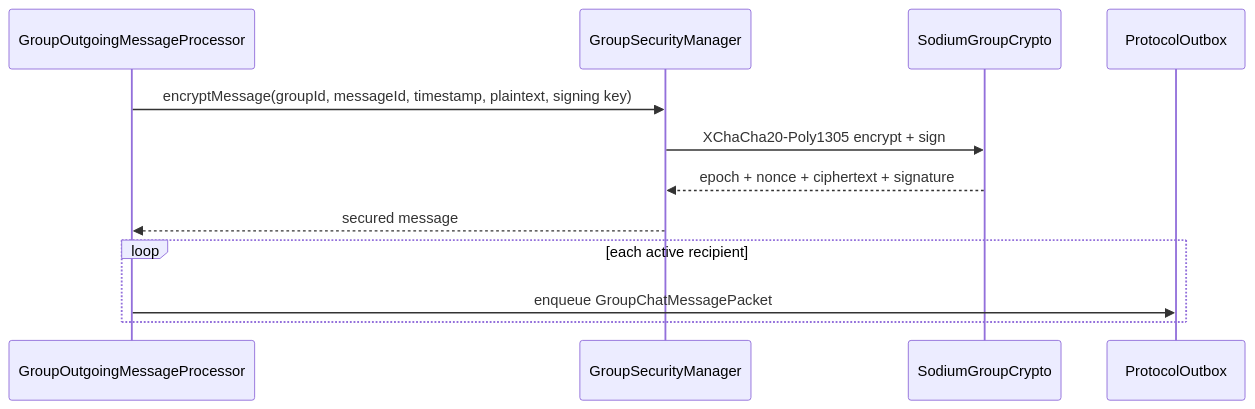
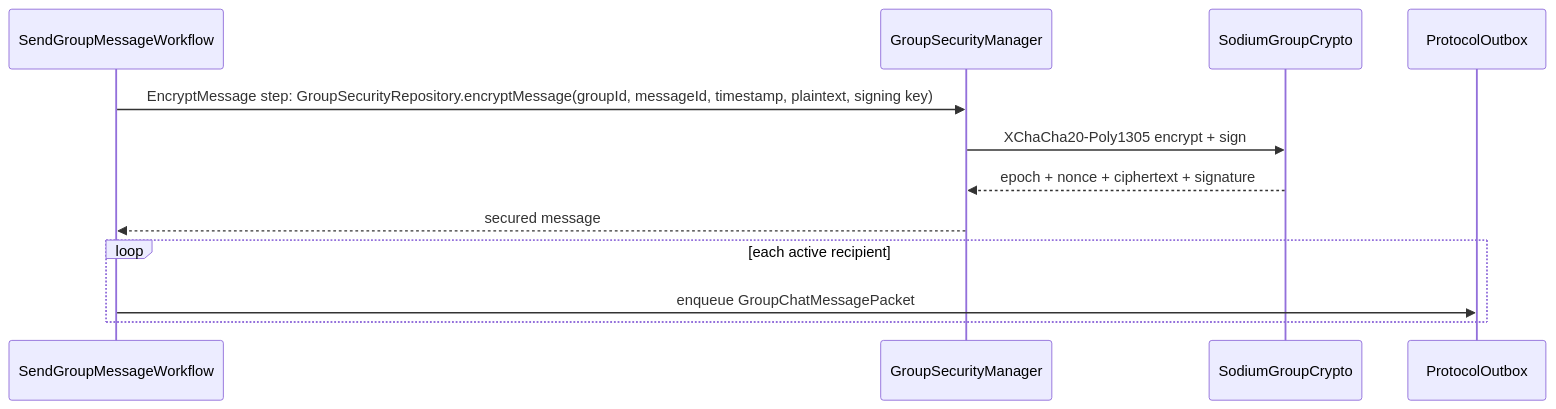
Before and after one commit to cbgm/Sparrow: the diagram in docs/security/encryption.md, drawn with Mermaid. The commit also changed 1098 other files, not shown here.

````diff
--- a/docs/security/encryption.md
+++ b/docs/security/encryption.md
@@ -39,15 +39,15 @@
 ```mermaid
 sequenceDiagram
-    participant G as GroupOutgoingMessageProcessor
+    participant G as SendGroupMessageWorkflow
     participant SM as GroupSecurityManager
     participant C as SodiumGroupCrypto
     participant O as ProtocolOutbox
 
-    G->>SM: encryptMessage(groupId, messageId, timestamp, plaintext, signing key)
+    G->>SM: EncryptMessage step: GroupSecurityRepository.encryptMessage(groupId, messageId, timestamp, plaintext, signing key)
     SM->>C: XChaCha20-Poly1305 encrypt + sign
     C-->>SM: epoch + nonce + ciphertext + signature
     SM-->>G: secured message
     loop each active recipient
         G->>O: enqueue GroupChatMessagePacket
     end
 ```
````
